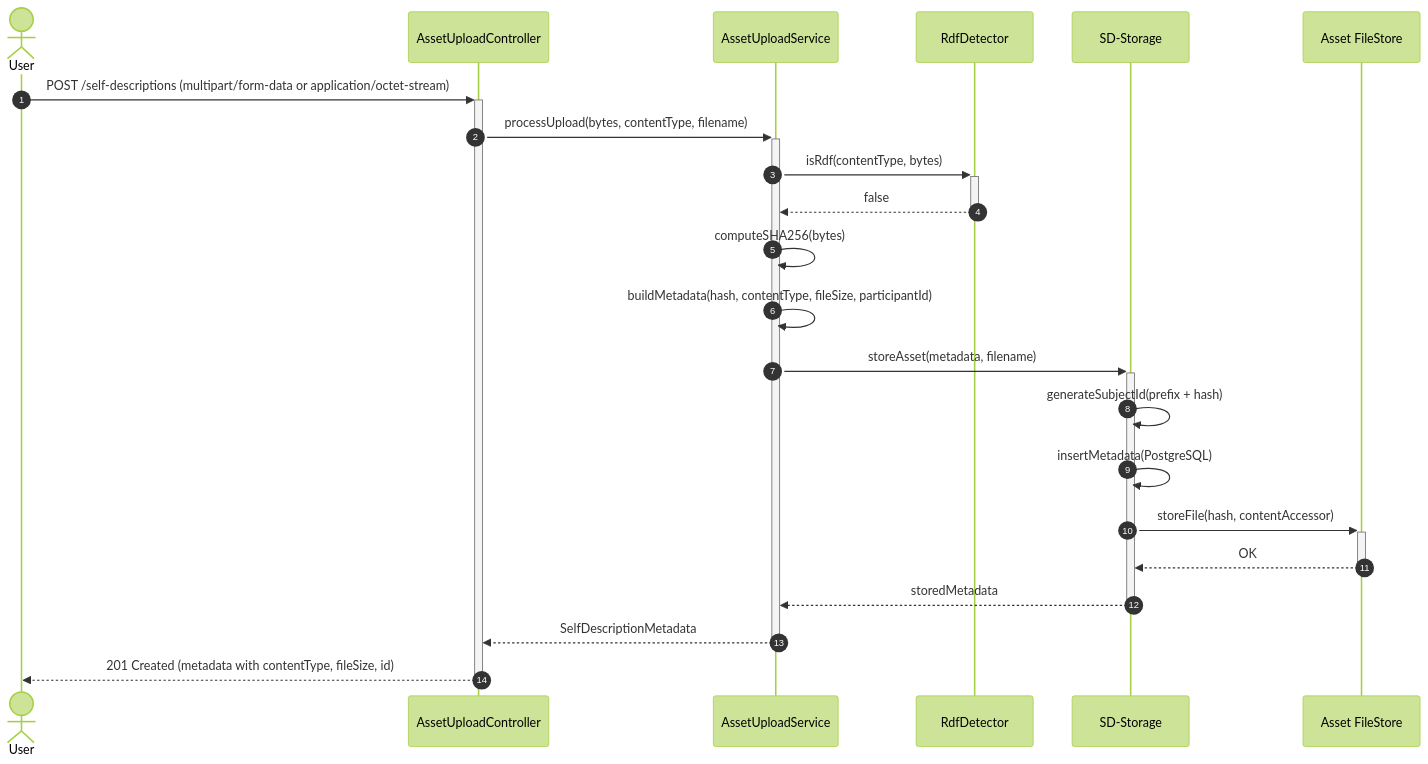
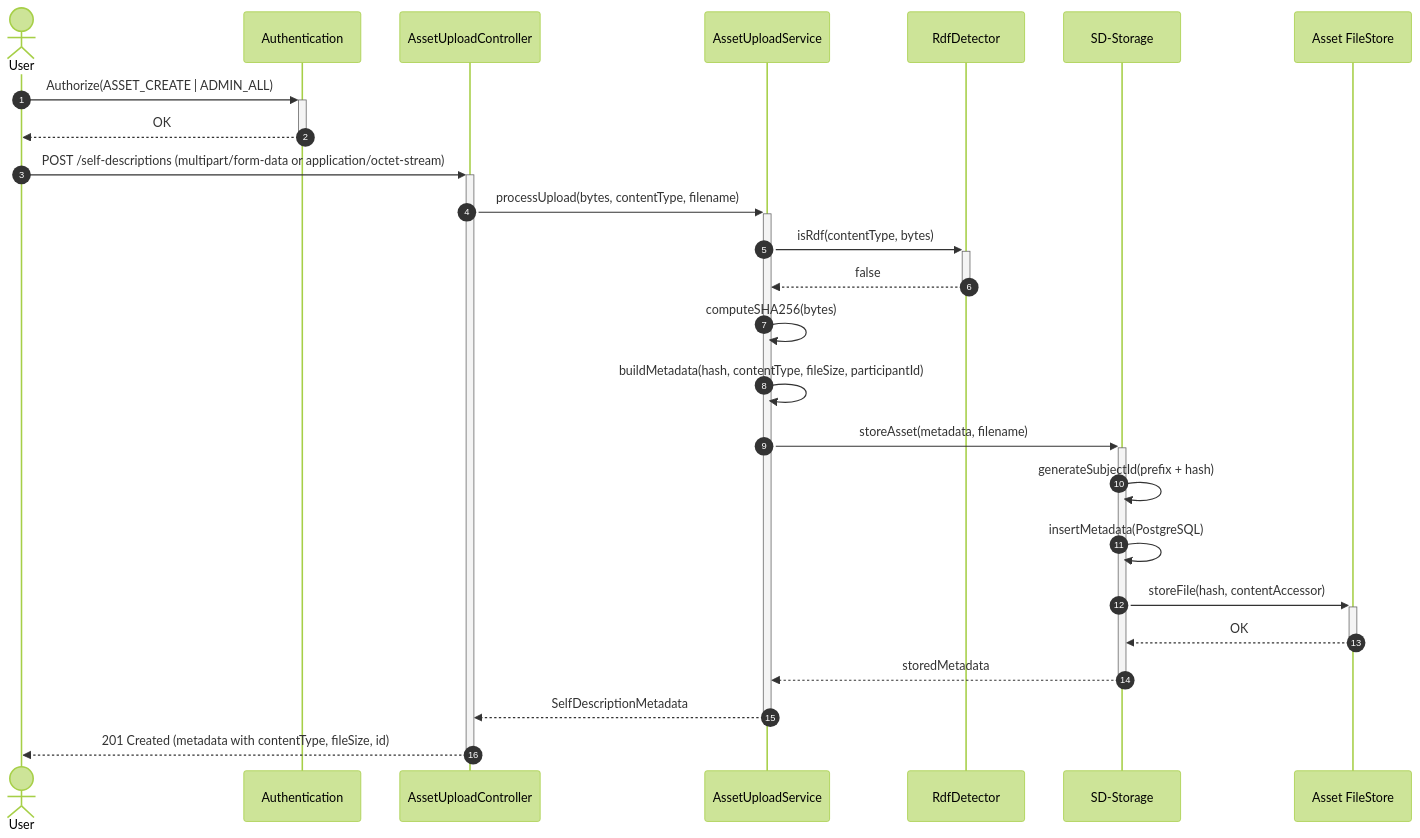
One commit to federated-catalogue-enhancements-2026/docs changed diagram 18 of 34 in federated-catalogue/src/docs/architecture/chapters/06_runtime_view.adoc. Above: the diagram before and after it, drawn with Mermaid (forest theme). The commit also changed other lines of this file and 2 other files, not shown here.

```diff
--- a/federated-catalogue/src/docs/architecture/chapters/06_runtime_view.adoc
+++ b/federated-catalogue/src/docs/architecture/chapters/06_runtime_view.adoc
@@ -613,26 +622,29 @@
 [mermaid, width=2000]
 ....
 sequenceDiagram
     autonumber
     actor User
+    participant Auth as Authentication
     participant API as AssetUploadController
     participant Service as AssetUploadService
     participant RdfDetector
     participant SDStore as SD-Storage
     participant FileStore as Asset FileStore
-    
+
+    User ->> + Auth:Authorize(ASSET_CREATE | ADMIN_ALL)
+    Auth -->> - User:OK
     User ->> + API:POST /self-descriptions (multipart/form-data or application/octet-stream)
     API ->> + Service:processUpload(bytes, contentType, filename)
     Service ->> + RdfDetector:isRdf(contentType, bytes)
     RdfDetector -->> - Service:false
     Service ->> Service:computeSHA256(bytes)
     Service ->> Service:buildMetadata(hash, contentType, fileSize, participantId)
     Service ->> + SDStore:storeAsset(metadata, filename)
     SDStore ->> SDStore:generateSubjectId(prefix + hash)
     SDStore ->> SDStore:insertMetadata(PostgreSQL)
     SDStore ->> + FileStore:storeFile(hash, contentAccessor)
     FileStore -->> - SDStore:OK
     SDStore -->> - Service:storedMetadata
     Service -->> - API:SelfDescriptionMetadata
     API -->> - User:201 Created (metadata with contentType, fileSize, id)
 ....
```
